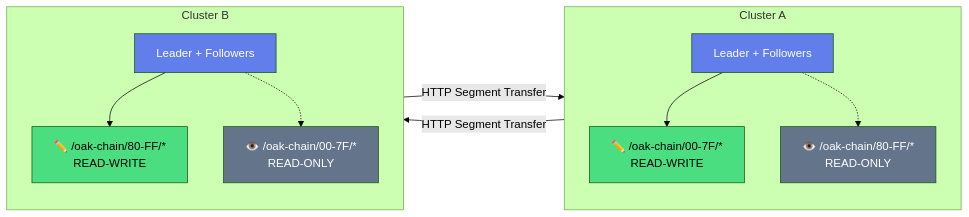
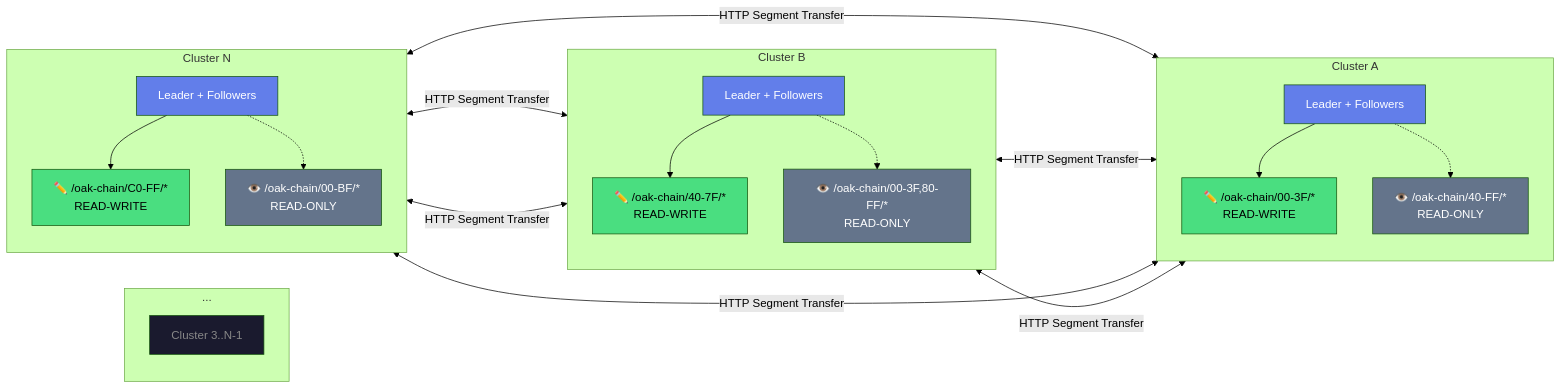
The first of 2 diagrams in index.md (somarc/oak-chain-docs), drawn with Mermaid (forest theme) before and after one commit.

Commit message:
fix: Expand diagram to show Cluster A, B, ..., N
Shows the full N-cluster architecture with:
- Cluster A (shards 00-3F)
- Cluster B (shards 40-7F)
- ... (clusters 3 to N-1)
- Cluster N (shards C0-FF)

Each cluster mounts all others read-only via HTTP Segment Transfer

````diff
--- a/index.md
+++ b/index.md
@@ -51,30 +51,52 @@
 ```mermaid
 graph LR
     subgraph ClusterA["Cluster A"]
         direction TB
         LA[Leader + Followers]
-        SA["✏️ /oak-chain/00-7F/*<br/>READ-WRITE"]
-        MA["👁️ /oak-chain/80-FF/*<br/>READ-ONLY"]
+        SA["✏️ /oak-chain/00-3F/*<br/>READ-WRITE"]
+        MA["👁️ /oak-chain/40-FF/*<br/>READ-ONLY"]
         LA --> SA
         LA -.-> MA
     end
     
     subgraph ClusterB["Cluster B"]
         direction TB
         LB[Leader + Followers]
-        SB["✏️ /oak-chain/80-FF/*<br/>READ-WRITE"]
-        MB["👁️ /oak-chain/00-7F/*<br/>READ-ONLY"]
+        SB["✏️ /oak-chain/40-7F/*<br/>READ-WRITE"]
+        MB["👁️ /oak-chain/00-3F,80-FF/*<br/>READ-ONLY"]
         LB --> SB
         LB -.-> MB
     end
     
-    SA -->|"HTTP Segment Transfer"| MB
-    SB -->|"HTTP Segment Transfer"| MA
+    subgraph ClusterDots["..."]
+        direction TB
+        LD["Cluster 3..N-1"]
+    end
+    
+    subgraph ClusterN["Cluster N"]
+        direction TB
+        LN[Leader + Followers]
+        SN["✏️ /oak-chain/C0-FF/*<br/>READ-WRITE"]
+        MN["👁️ /oak-chain/00-BF/*<br/>READ-ONLY"]
+        LN --> SN
+        LN -.-> MN
+    end
+    
+    SA <-->|"HTTP Segment Transfer"| MB
+    SA <-->|"HTTP Segment Transfer"| MN
+    SB <-->|"HTTP Segment Transfer"| MA
+    SB <-->|"HTTP Segment Transfer"| MN
+    SN <-->|"HTTP Segment Transfer"| MA
+    SN <-->|"HTTP Segment Transfer"| MB
     
     style SA fill:#4ade80,color:#000
     style SB fill:#4ade80,color:#000
+    style SN fill:#4ade80,color:#000
     style MA fill:#64748b,color:#fff
     style MB fill:#64748b,color:#fff
+    style MN fill:#64748b,color:#fff
     style LA fill:#627EEA,color:#fff
     style LB fill:#627EEA,color:#fff
+    style LN fill:#627EEA,color:#fff
+    style LD fill:#1a1a2e,color:#888
 ```
````
